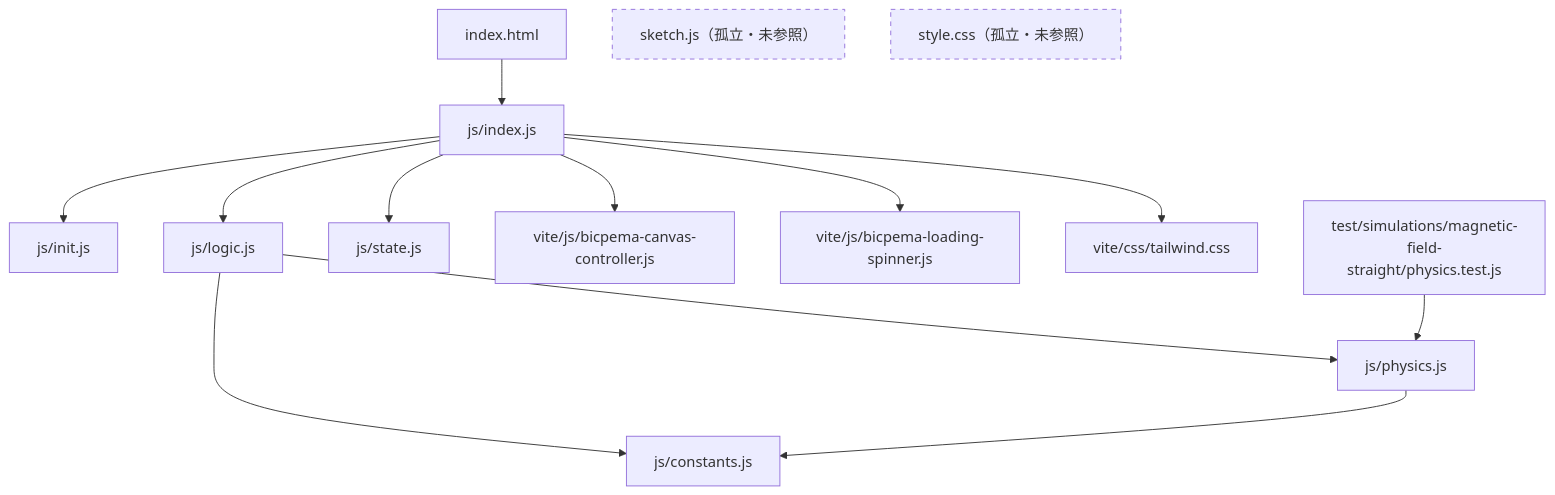
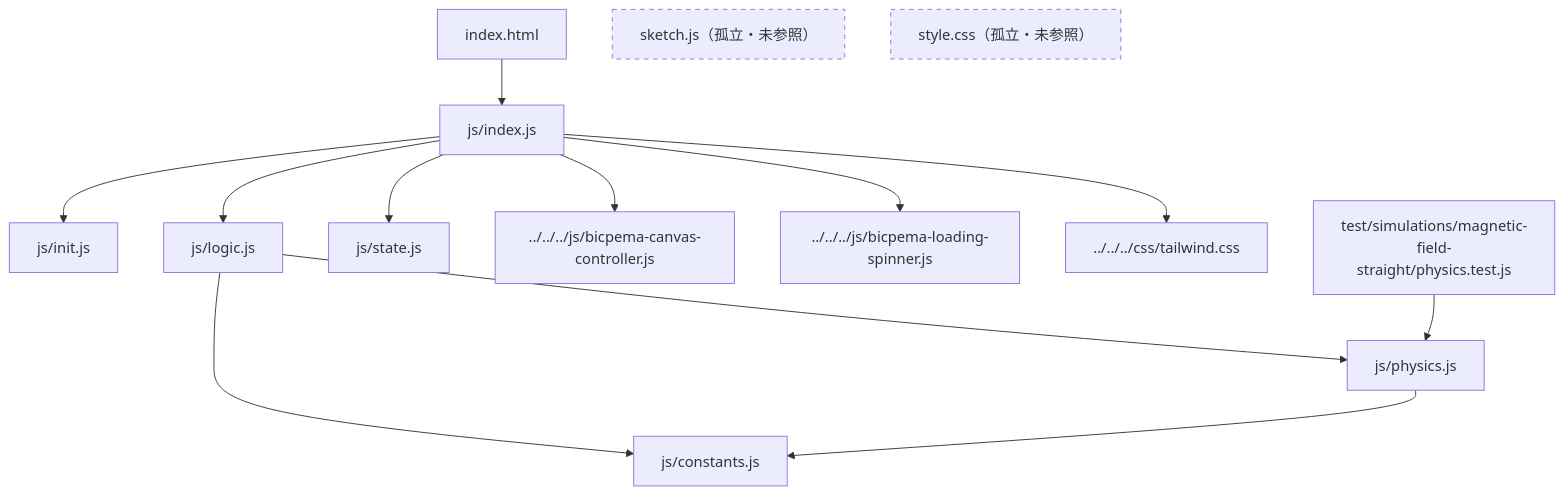
One commit to Bicpema/bicpema changed the first of 2 diagrams in simulation-docs/magnetic-field-straight.md. Above: the diagram before and after it, drawn with Mermaid. The commit also changed other lines of this file and 1 other file, not shown here.

Commit message:
docs: 設計書のmermaid図における共通資産パス表記を実装のimportパスに合わせる

````diff
--- a/simulation-docs/magnetic-field-straight.md
+++ b/simulation-docs/magnetic-field-straight.md
@@ -112,20 +112,20 @@
 ```mermaid
 flowchart TD
   A["index.html"] --> C["js/index.js"]
   C --> D["js/init.js"]
   C --> E["js/logic.js"]
   C --> F["js/state.js"]
-  C --> L["vite/js/bicpema-canvas-controller.js"]
-  C --> M["vite/js/bicpema-loading-spinner.js"]
-  C --> N["vite/css/tailwind.css"]
+  C --> L["../../../js/bicpema-canvas-controller.js"]
+  C --> M["../../../js/bicpema-loading-spinner.js"]
+  C --> N["../../../css/tailwind.css"]
   E --> P["js/physics.js"]
   E --> K["js/constants.js"]
   P --> K
   T["test/simulations/magnetic-field-straight/physics.test.js"] --> P
 
   X["sketch.js（孤立・未参照）"]
   Y["style.css（孤立・未参照）"]
 
   style X stroke-dasharray: 5 5
   style Y stroke-dasharray: 5 5
 ```
````
